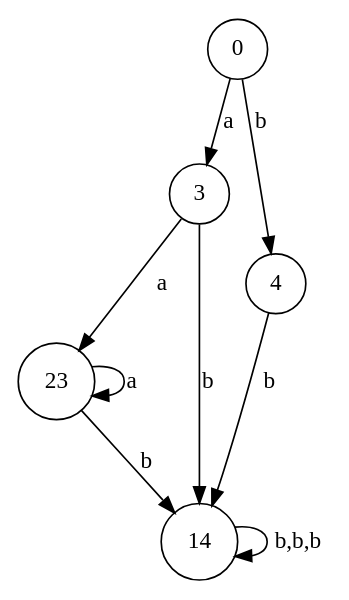
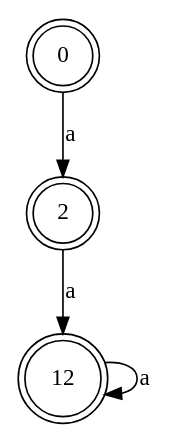
The diagram in projeto_1/test-output/graph.gv (igorbragaia/CTC-34), drawn with Graphviz before and after one commit. The commit also changed 4 other files, not shown here.

```diff
--- a/projeto_1/test-output/graph.gv
+++ b/projeto_1/test-output/graph.gv
@@ -1,15 +1,8 @@
 digraph {
-	0 [shape=circle]
-	3 [shape=circle]
-	4 [shape=circle]
-	23 [shape=circle]
-	14 [shape=circle]
-	0 -> 3 [label=a]
-	0 -> 4 [label=b]
-	3 -> 23 [label=a]
-	3 -> 14 [label=b]
-	4 -> 14 [label=b]
-	23 -> 23 [label=a]
-	23 -> 14 [label=b]
-	14 -> 14 [label="b,b,b"]
+	0 [shape=doublecircle]
+	2 [shape=doublecircle]
+	12 [shape=doublecircle]
+	0 -> 2 [label=a]
+	2 -> 12 [label=a]
+	12 -> 12 [label=a]
 }
```
